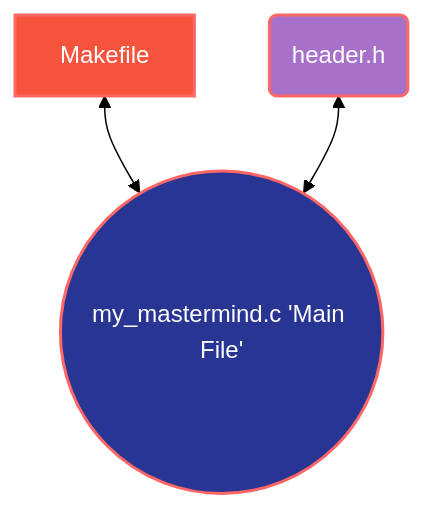
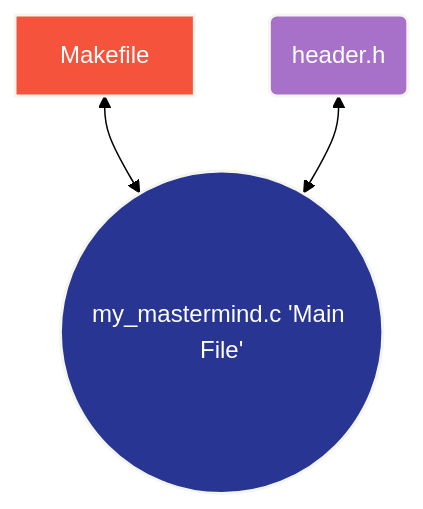
The diagram in B1_(2026-2027)/B1_Evaluations/My_Mastermind/README.md (EliasFCS/Colint-School), drawn with Mermaid (forest theme) before and after one commit.

Commit message:
Docs: Mastermind Readme.md Optimisation

````diff
--- a/B1_(2026-2027)/B1_Evaluations/My_Mastermind/README.md
+++ b/B1_(2026-2027)/B1_Evaluations/My_Mastermind/README.md
@@ -610,10 +610,10 @@
 ```mermaid
 flowchart BT
     Root((my_mastermind.c 'Main File'))
     Root <--> B1_1[Makefile]
     Root <--> B1_2(header.h)
 
-    style B1_1 fill:#f5533b,stroke:#f66,stroke-width:2px,color:#fff
-    style B1_2 fill:#a770c9,stroke:#f66,stroke-width:2px,color:#fff
-    style Root fill:#283593,stroke:#f66,stroke-width:2px,color:#fff
+    style B1_1 fill:#f5533b,stroke:#F5F5F0,stroke-width:2px,color:#fff
+    style B1_2 fill:#a770c9,stroke:#F5F5F0,stroke-width:2px,color:#fff
+    style Root fill:#283593,stroke:#F5F5F0,stroke-width:2px,color:#fff
 ```
````
